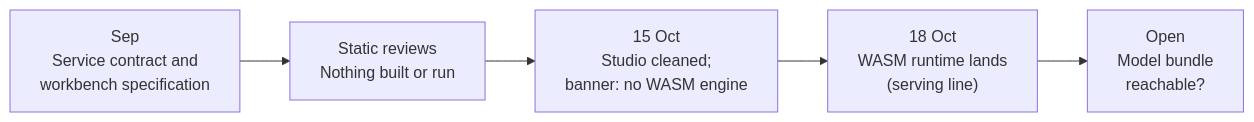
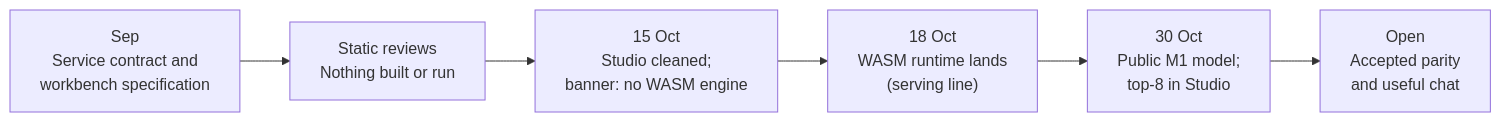
One commit to UOR-Foundation/uor-r4 changed the diagram in docs/research/lines/m7-distribution.md. Above: the diagram before and after it, drawn with Mermaid. The commit also changed other lines of this file and 145 other files, not shown here.

````diff
--- a/docs/research/lines/m7-distribution.md
+++ b/docs/research/lines/m7-distribution.md
@@ -16,7 +16,8 @@
 ```mermaid
 flowchart LR
   A["Sep<br/>Service contract and<br/>workbench specification"] --> B["Static reviews<br/>Nothing built or run"]
   B --> C["15 Oct<br/>Studio cleaned;<br/>banner: no WASM engine"]
   C --> D["18 Oct<br/>WASM runtime lands<br/>(serving line)"]
-  D --> E["Open<br/>Model bundle<br/>reachable?"]
+  D --> E["30 Oct<br/>Public M1 model;<br/>top-8 in Studio"]
+  E --> F["Open<br/>Accepted parity<br/>and useful chat"]
 ```
````
